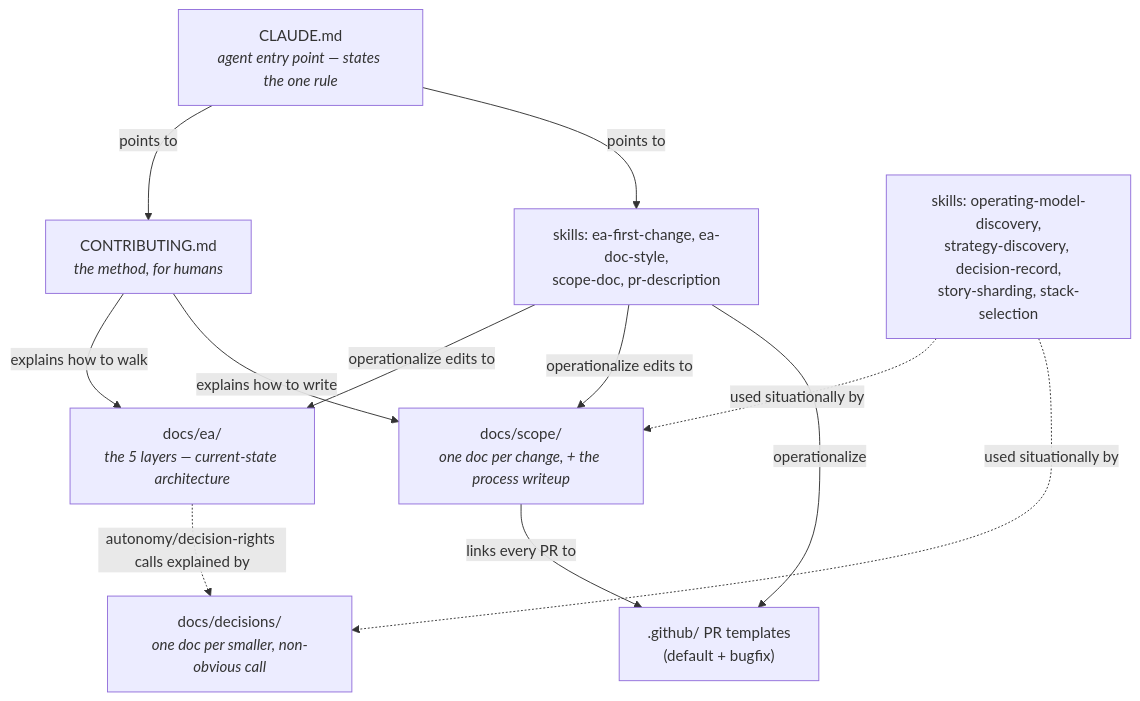
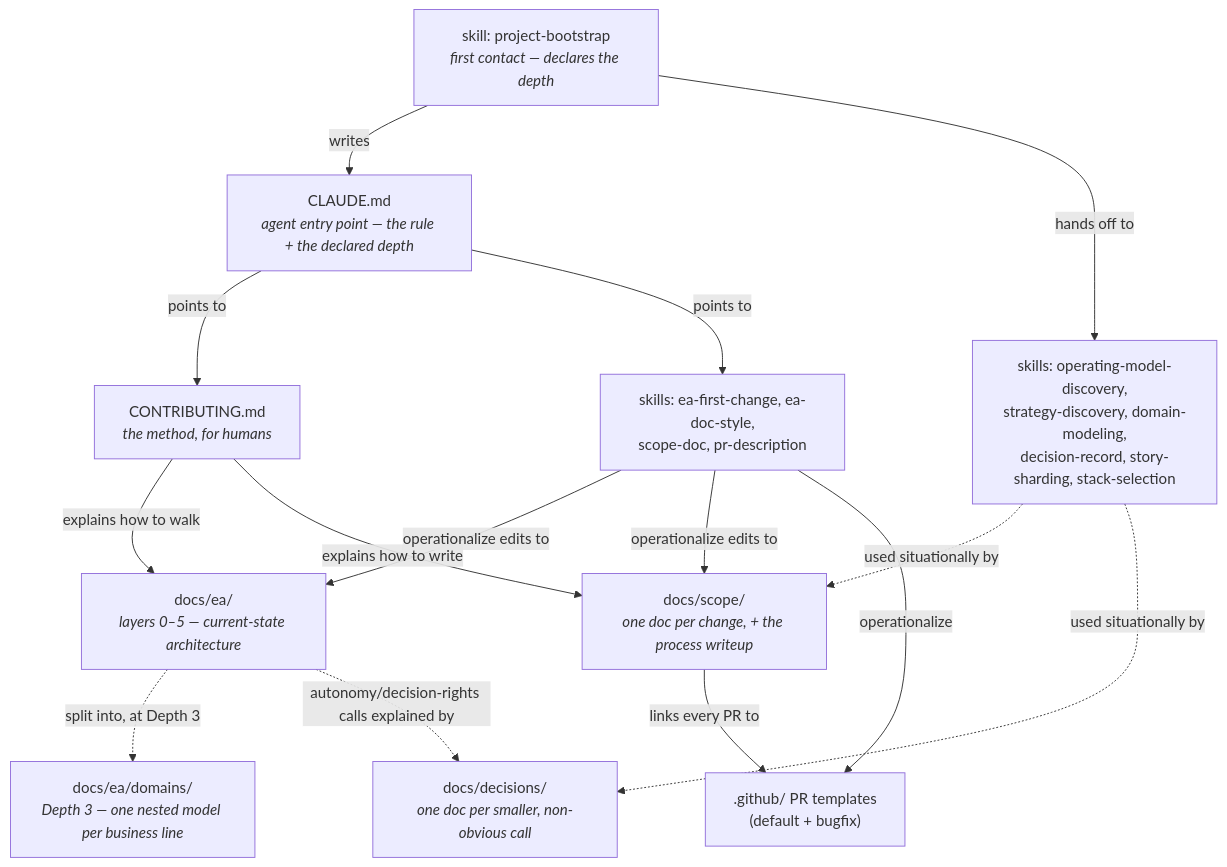
One commit to roanboc/architecture-archreator changed the diagram in README.md. Above: the diagram before and after it, drawn with Mermaid. The commit also changed other lines of this file and 28 other files, not shown here.

````diff
--- a/README.md
+++ b/README.md
@@ -174,23 +243,28 @@
 ```mermaid
 flowchart TB
-  claude["CLAUDE.md<br><i>agent entry point — states the one rule</i>"]
+  bootstrap["skill: project-bootstrap<br><i>first contact — declares the depth</i>"]
+  claude["CLAUDE.md<br><i>agent entry point — the rule + the declared depth</i>"]
   contrib["CONTRIBUTING.md<br><i>the method, for humans</i>"]
-  ea["docs/ea/<br><i>the 5 layers — current-state architecture</i>"]
+  ea["docs/ea/<br><i>layers 0–5 — current-state architecture</i>"]
+  domains["docs/ea/domains/<br><i>Depth 3 — one nested model per business line</i>"]
   scope["docs/scope/<br><i>one doc per change, + the process writeup</i>"]
   decisions["docs/decisions/<br><i>one doc per smaller, non-obvious call</i>"]
   skillscore["skills: ea-first-change, ea-doc-style,<br>scope-doc, pr-description"]
-  skillssupport["skills: operating-model-discovery,<br>strategy-discovery, decision-record,<br>story-sharding, stack-selection"]
+  skillssupport["skills: operating-model-discovery,<br>strategy-discovery, domain-modeling,<br>decision-record, story-sharding, stack-selection"]
   pr[".github/ PR templates<br>(default + bugfix)"]
 
+  bootstrap -->|writes| claude
+  bootstrap -->|hands off to| skillssupport
   claude -->|points to| contrib
   claude -->|points to| skillscore
   contrib -->|explains how to walk| ea
   contrib -->|explains how to write| scope
+  ea -.->|split into, at Depth 3| domains
   skillscore -->|operationalize edits to| ea
   skillscore -->|operationalize edits to| scope
   skillscore -->|operationalize| pr
   skillssupport -.->|used situationally by| scope
   skillssupport -.->|used situationally by| decisions
   ea -.->|autonomy/decision-rights calls explained by| decisions
   scope -->|links every PR to| pr
 ```
````
